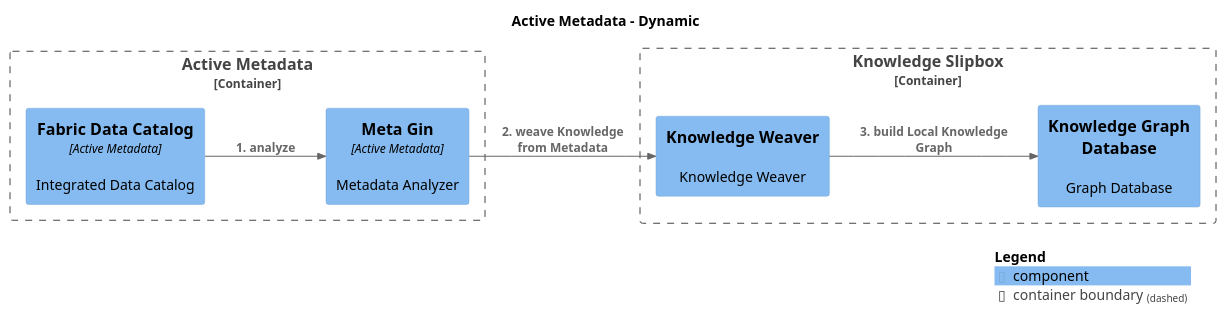
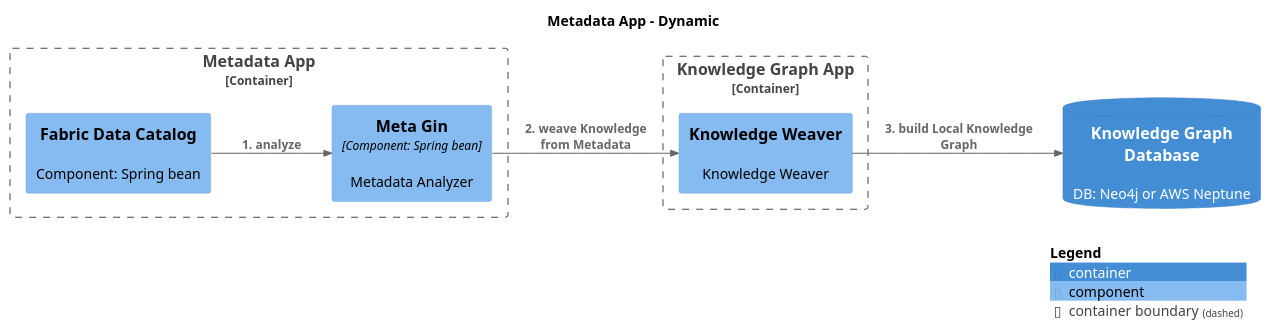
Before and after one commit to IntellectusCorp/data-fabric-docs: the diagram in master/puml/WorkflowBuildingLocalKnowledgeGraph.puml, drawn with PlantUML. The commit also changed 58 other files, not shown here.

Commit message:
Deploying to gh-pages from @ IntellectusCorp/data-fabric-docs@6fe2c705cf91e71a90d225bd5430bb5853dd053f 🚀

```diff
--- a/master/puml/WorkflowBuildingLocalKnowledgeGraph.puml
+++ b/master/puml/WorkflowBuildingLocalKnowledgeGraph.puml
@@ -1,26 +1,28 @@
 @startuml
 set separator none
-title Active Metadata - Dynamic
+title Metadata App - Dynamic
 
 left to right direction
 
 !include <C4/C4>
 !include <C4/C4_Context>
+!include <C4/C4_Container>
 !include <C4/C4_Component>
 
-Container_Boundary("DataFabric.KnowledgeSlipbox_boundary", "Knowledge Slipbox", $tags="") {
-  Component(DataFabric.KnowledgeSlipbox.KnowledgeWeaver, "Knowledge Weaver", $techn="", $descr="Knowledge Weaver", $tags="", $link="")
-  Component(DataFabric.KnowledgeSlipbox.KnowledgeGraphDatabase, "Knowledge Graph Database", $techn="", $descr="Graph Database", $tags="", $link="")
+Container_Boundary("DataFabric.MetadataApp_boundary", "Metadata App", $tags="") {
+  Component(DataFabric.MetadataApp.MetaGin, "Meta Gin", $techn="Component: Spring bean", $descr="Metadata Analyzer", $tags="", $link="")
+  Component(DataFabric.MetadataApp.FabricDataCatalog, "Fabric Data Catalog", $techn="", $descr="Component: Spring bean", $tags="", $link="")
 }
 
-Container_Boundary("DataFabric.ActiveMetadata_boundary", "Active Metadata", $tags="") {
-  Component(DataFabric.ActiveMetadata.MetaGin, "Meta Gin", $techn="Active Metadata", $descr="Metadata Analyzer", $tags="", $link="")
-  Component(DataFabric.ActiveMetadata.FabricDataCatalog, "Fabric Data Catalog", $techn="Active Metadata", $descr="Integrated Data Catalog", $tags="", $link="")
+Container_Boundary("DataFabric.KnowledgeGraphApp_boundary", "Knowledge Graph App", $tags="") {
+  Component(DataFabric.KnowledgeGraphApp.KnowledgeWeaver, "Knowledge Weaver", $techn="", $descr="Knowledge Weaver", $tags="", $link="")
 }
 
-Rel_D(DataFabric.ActiveMetadata.FabricDataCatalog, DataFabric.ActiveMetadata.MetaGin, "1. analyze", $techn="", $tags="", $link="")
-Rel_D(DataFabric.ActiveMetadata.MetaGin, DataFabric.KnowledgeSlipbox.KnowledgeWeaver, "2. weave Knowledge from Metadata", $techn="", $tags="", $link="")
-Rel_D(DataFabric.KnowledgeSlipbox.KnowledgeWeaver, DataFabric.KnowledgeSlipbox.KnowledgeGraphDatabase, "3. build Local Knowledge Graph", $techn="", $tags="", $link="")
+ContainerDb(DataFabric.KnowledgeGraphDatabase, "Knowledge Graph Database", $techn="", $descr="DB: Neo4j or AWS Neptune", $tags="", $link="")
+
+Rel_D(DataFabric.MetadataApp.FabricDataCatalog, DataFabric.MetadataApp.MetaGin, "1. analyze", $techn="", $tags="", $link="")
+Rel_D(DataFabric.MetadataApp.MetaGin, DataFabric.KnowledgeGraphApp.KnowledgeWeaver, "2. weave Knowledge from Metadata", $techn="", $tags="", $link="")
+Rel_D(DataFabric.KnowledgeGraphApp.KnowledgeWeaver, DataFabric.KnowledgeGraphDatabase, "3. build Local Knowledge Graph", $techn="", $tags="", $link="")
 
 SHOW_LEGEND(true)
 @enduml
```
